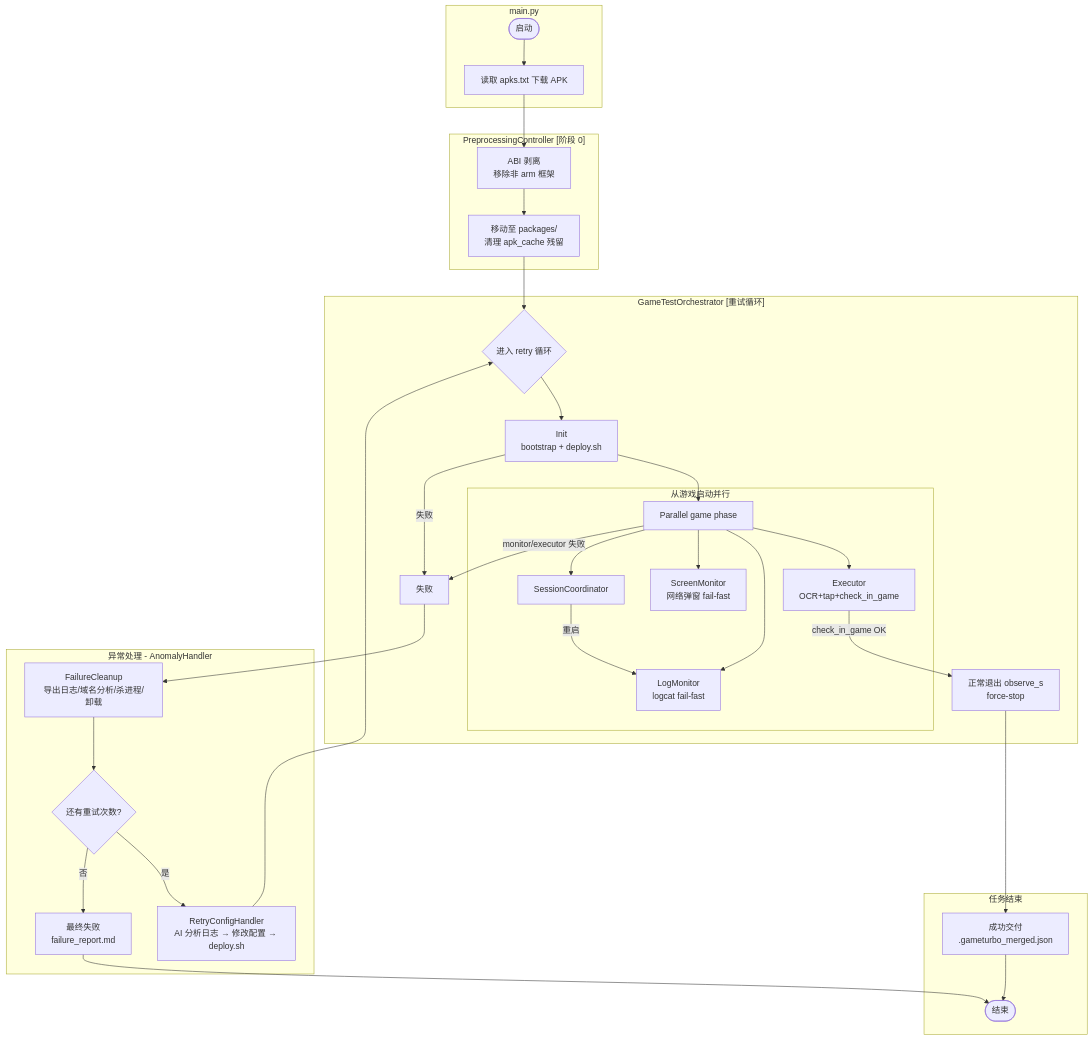
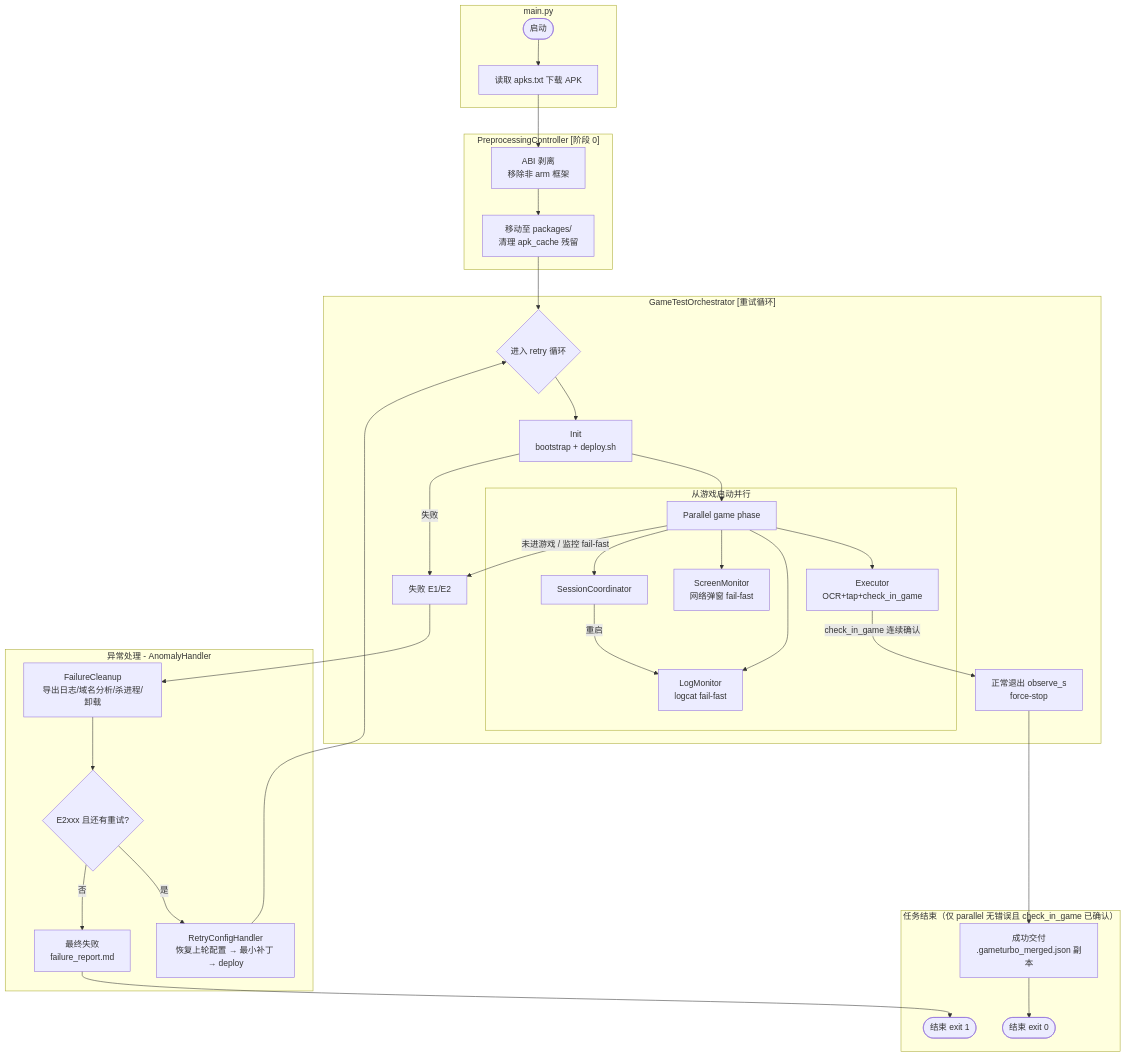
Before and after one commit to WartDipara/ai-test-workflow: the first of 2 diagrams in README.md, drawn with Mermaid. The commit also changed other lines of this file and 30 other files, not shown here.

Commit message:
update readme, fix bugs: game's check in

````diff
--- a/README.md
+++ b/README.md
@@ -21,44 +21,44 @@
 ```mermaid
 graph TD
   subgraph "main.py"
     START([启动]) --> PREPROCESSING
   end
 
   subgraph "PreprocessingController [阶段 0]"
     PREPROCESSING[读取 apks.txt 下载 APK]
     PREPROCESSING --> STRIP[ABI 剥离<br/>移除非 arm 框架]
     STRIP --> MOVE[移动至 packages/<br/>清理 apk_cache 残留]
   end
 
   subgraph "GameTestOrchestrator [重试循环]"
     MOVE --> RETRY_LOOP{进入 retry 循环}
     RETRY_LOOP --> INIT[Init<br/>bootstrap + deploy.sh]
     INIT --> PARALLEL[Parallel game phase]
 
     subgraph "从游戏启动并行"
       PARALLEL --> EX[Executor<br/>OCR+tap+check_in_game]
       PARALLEL --> LM[LogMonitor<br/>logcat fail-fast]
       PARALLEL --> SM[ScreenMonitor<br/>网络弹窗 fail-fast]
       PARALLEL --> SC[SessionCoordinator]
       SC -->|重启| LM
     end
 
-    EX -->|check_in_game OK| NORMAL_EXIT[正常退出 observe_s<br/>force-stop]
-    PARALLEL -->|monitor/executor 失败| FAILURE[失败]
+    EX -->|check_in_game 连续确认| NORMAL_EXIT[正常退出 observe_s<br/>force-stop]
+    PARALLEL -->|未进游戏 / 监控 fail-fast| FAILURE[失败 E1/E2]
     INIT -->|失败| FAILURE
   end
 
   subgraph "异常处理 - AnomalyHandler"
     FAILURE --> CLEANUP[FailureCleanup<br/>导出日志/域名分析/杀进程/卸载]
-    CLEANUP --> RETRY{还有重试次数?}
-    RETRY -->|是| MODIFY[RetryConfigHandler<br/>AI 分析日志 → 修改配置 → deploy.sh]
+    CLEANUP --> RETRY{E2xxx 且还有重试?}
+    RETRY -->|是| MODIFY[RetryConfigHandler<br/>恢复上轮配置 → 最小补丁 → deploy]
     MODIFY --> RETRY_LOOP
     RETRY -->|否| FINAL_FAIL[最终失败<br/>failure_report.md]
   end
 
-  subgraph "任务结束"
-    NORMAL_EXIT --> SUCCESS[成功交付<br/>.gameturbo_merged.json]
-    SUCCESS --> END([结束])
-    FINAL_FAIL --> END
+  subgraph "任务结束（仅 parallel 无错误且 check_in_game 已确认）"
+    NORMAL_EXIT --> SUCCESS[成功交付<br/>.gameturbo_merged.json 副本]
+    SUCCESS --> END([结束 exit 0])
+    FINAL_FAIL --> END_FAIL([结束 exit 1])
   end
 ```
````
